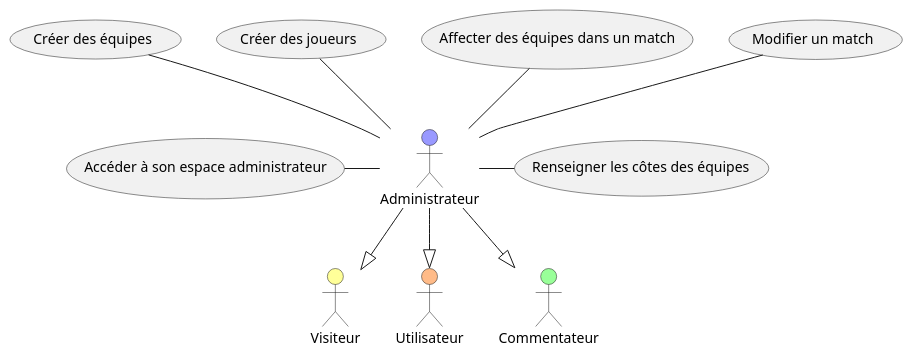
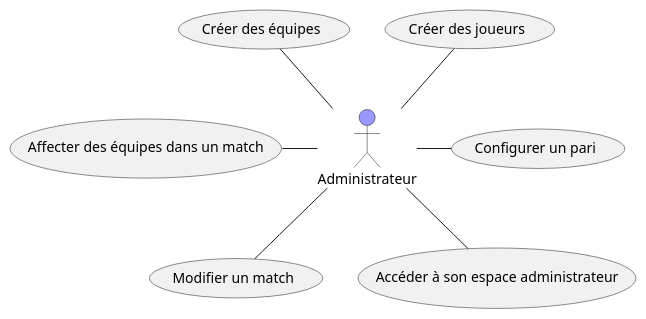
The fourth of 5 diagrams in #documents/OLD/Diagramme de cas d_utilisation.OLD.md (kcdln/Smash-Bowl), drawn with PlantUML before and after one commit. The commit also changed other lines of this file and 5 other files, not shown here.

Commit message:
Add "SuperBowlAdmin" usecase diagram & Update Admin one Minor changes into commentator sequential diagram, technical doc, etc.

```diff
--- a/#documents/OLD/Diagramme de cas d_utilisation.OLD.md
+++ b/#documents/OLD/Diagramme de cas d_utilisation.OLD.md
@@ -58,19 +58,12 @@
 @startuml
 
-actor Visiteur #ffff99
-actor Utilisateur #ffbb88
-actor Commentateur #99ff99
 actor Administrateur #9999ff
 
-Visiteur <|-up- Administrateur
-Utilisateur <|-up- Administrateur
-Commentateur <|-up- Administrateur
-
-Administrateur -left- (Accéder à son espace administrateur)
-Administrateur -right- (Renseigner les côtes des équipes)
-Administrateur -up- (Modifier un match)
-Administrateur -up- (Affecter des équipes dans un match)
 Administrateur -up- (Créer des joueurs)
 Administrateur -up- (Créer des équipes)
+Administrateur -right- (Configurer un pari)
+Administrateur -left- (Affecter des équipes dans un match)
+Administrateur -down- (Modifier un match)
+Administrateur -down- (Accéder à son espace administrateur)
 
 @enduml
```
